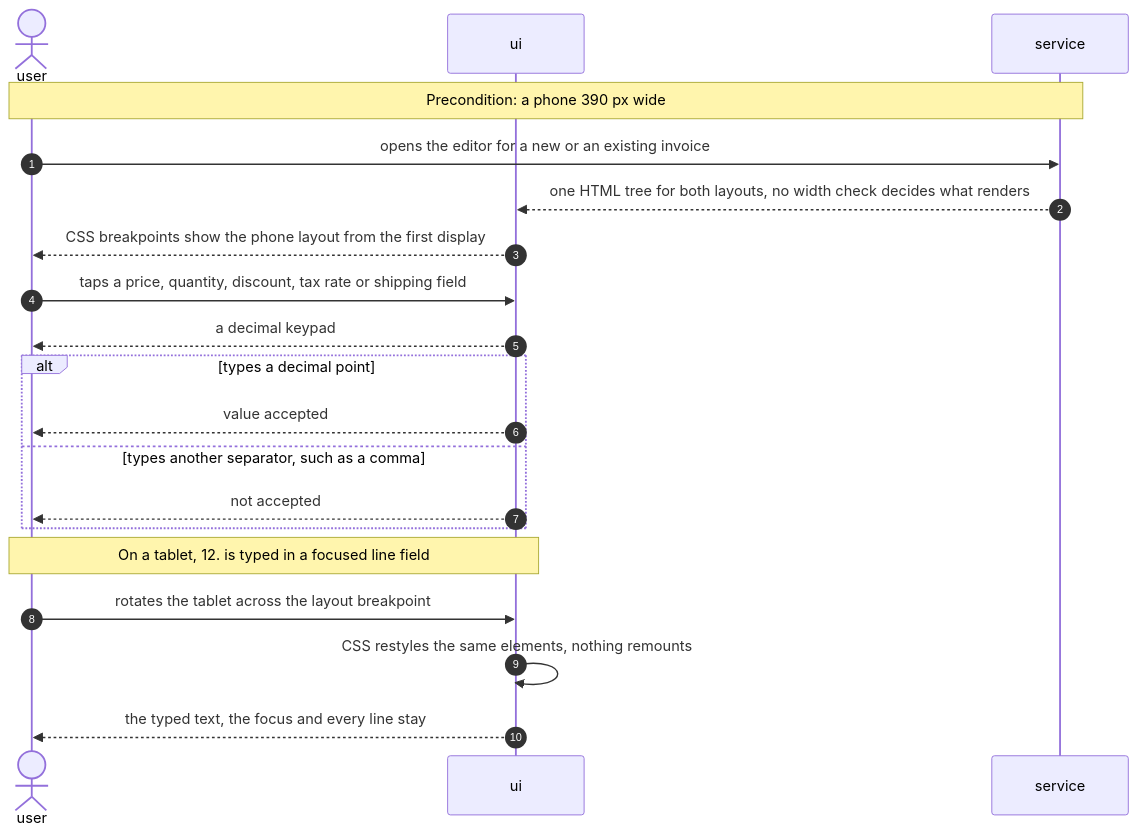
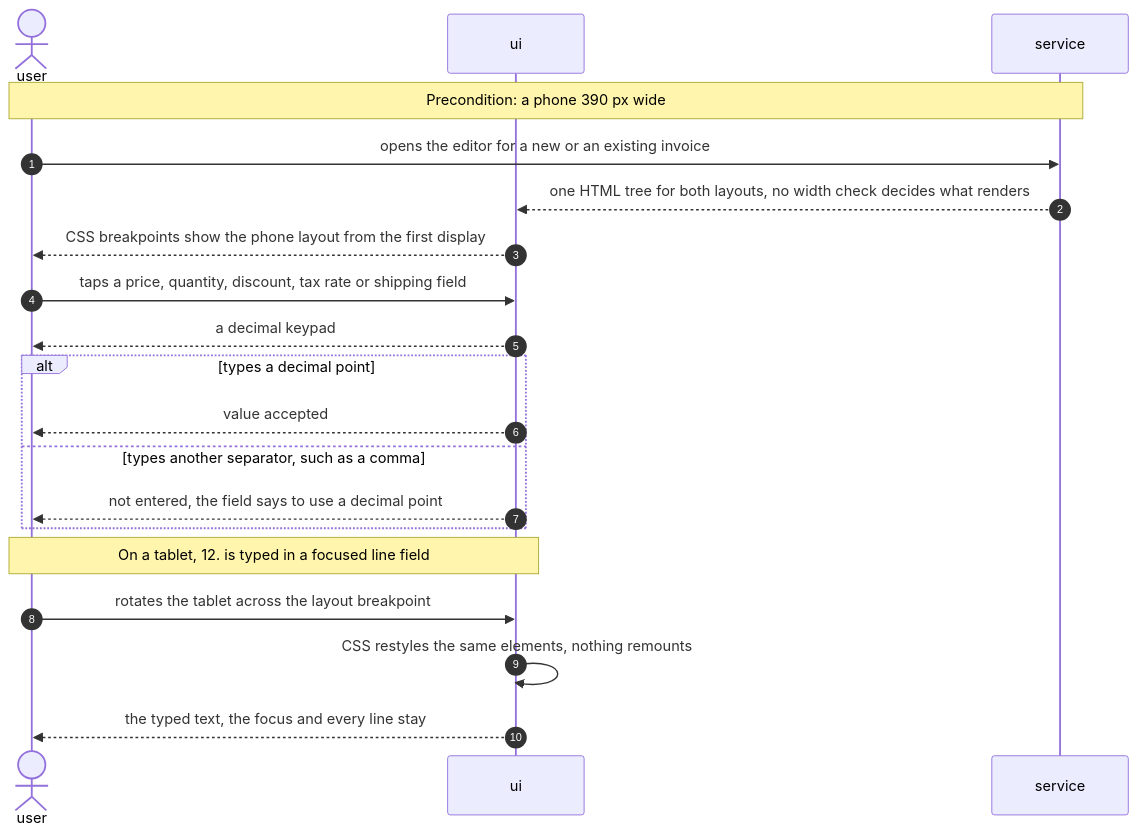
One commit to GopkoDev/invoiceForge changed diagram 12 of 12 in docs/features/editor-ux/sad.md. Above: the diagram before and after it, drawn with Mermaid. The commit also changed 7 other files, not shown here.

First line of the commit message:
fix(editor-ux): reject every comma in amount fields and tell the Freelancer to use a decimal point

````diff
--- a/docs/features/editor-ux/sad.md
+++ b/docs/features/editor-ux/sad.md
@@ -515,23 +515,23 @@
 ```mermaid
 sequenceDiagram
     autonumber
     actor U as user
     participant UI as ui
     participant S as service
 
     Note over U,S: Precondition: a phone 390 px wide
     U->>S: opens the editor for a new or an existing invoice
     S-->>UI: one HTML tree for both layouts, no width check decides what renders
     UI-->>U: CSS breakpoints show the phone layout from the first display
     U->>UI: taps a price, quantity, discount, tax rate or shipping field
     UI-->>U: a decimal keypad
     alt types a decimal point
         UI-->>U: value accepted
     else types another separator, such as a comma
-        UI-->>U: not accepted
+        UI-->>U: not entered, the field says to use a decimal point
     end
     Note over U,UI: On a tablet, 12. is typed in a focused line field
     U->>UI: rotates the tablet across the layout breakpoint
     UI->>UI: CSS restyles the same elements, nothing remounts
     UI-->>U: the typed text, the focus and every line stay
 ```
````
